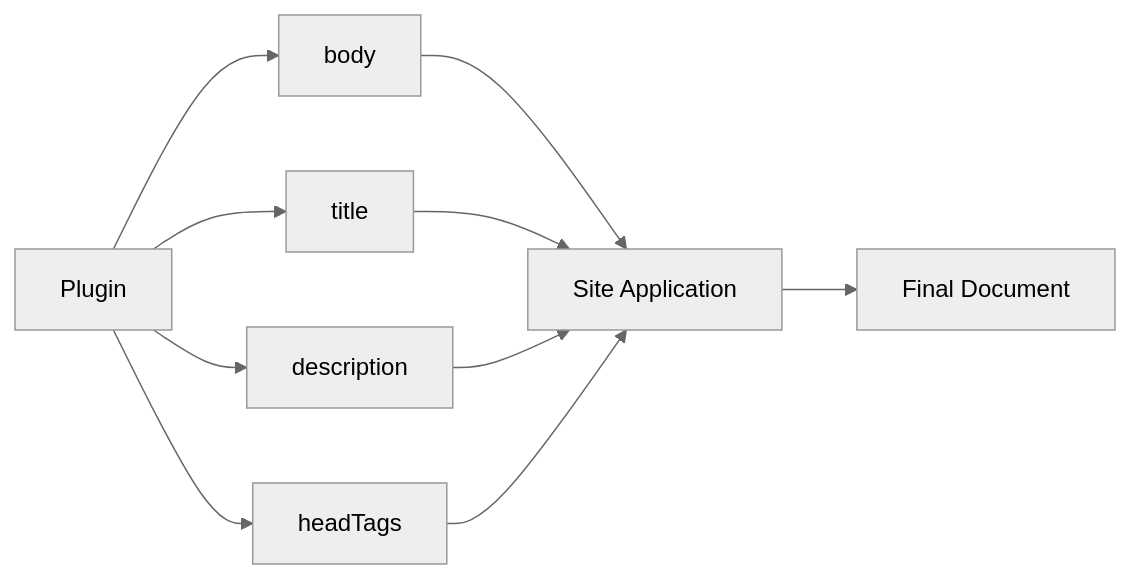
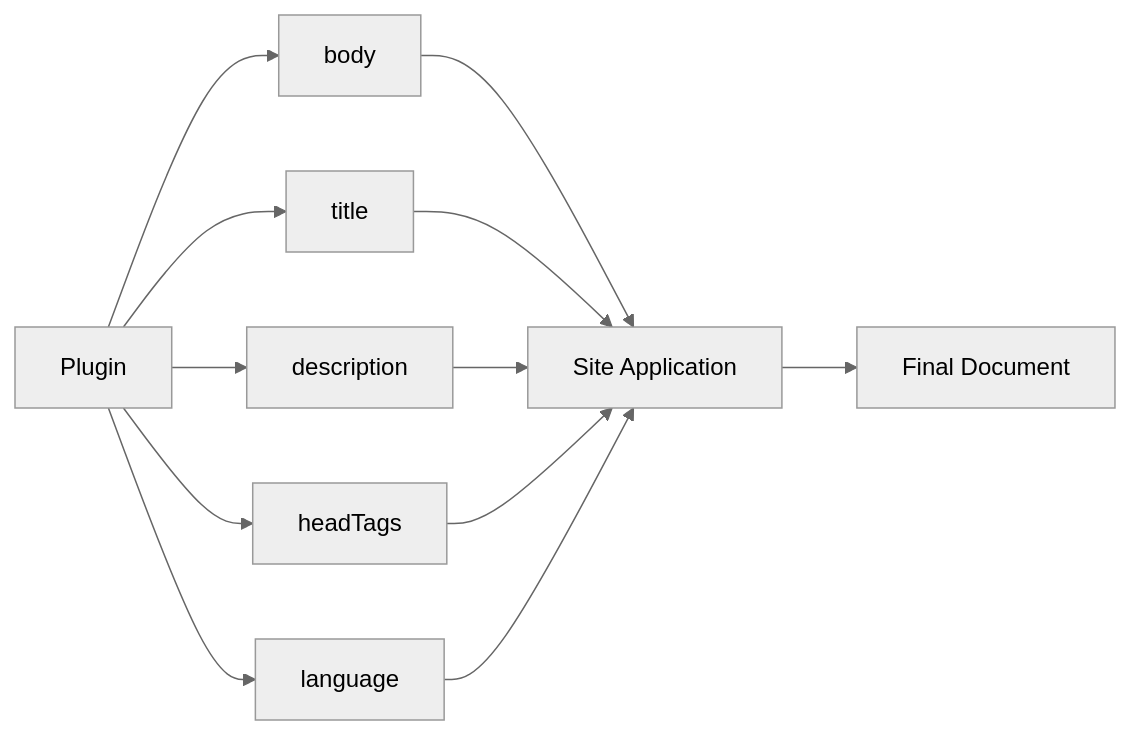
Diagram 12 of 14 in docs/ja/docs/framework/page-system.md (Rerurate514/riebeckite), drawn with Mermaid (neutral theme) before and after one commit. The commit also changed other lines of this file and 13 other files, not shown here.

````diff
--- a/docs/ja/docs/framework/page-system.md
+++ b/docs/ja/docs/framework/page-system.md
@@ -426,16 +427,18 @@
 ```mermaid id="h81lcz"
 flowchart LR
     Plugin["Plugin"]
 
     Plugin --> Body["body"]
     Plugin --> Title["title"]
     Plugin --> Description["description"]
     Plugin --> Head["headTags"]
+    Plugin --> Language["language"]
 
     Body --> Site["Site Application"]
     Title --> Site
     Description --> Site
     Head --> Site
+    Language --> Site
 
     Site --> Document["Final Document"]
 ```
````
